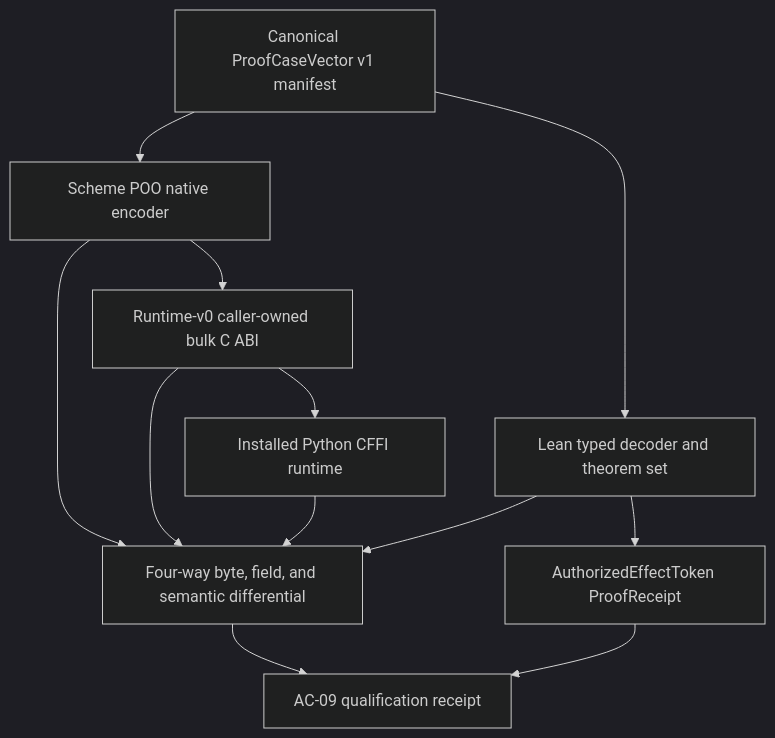
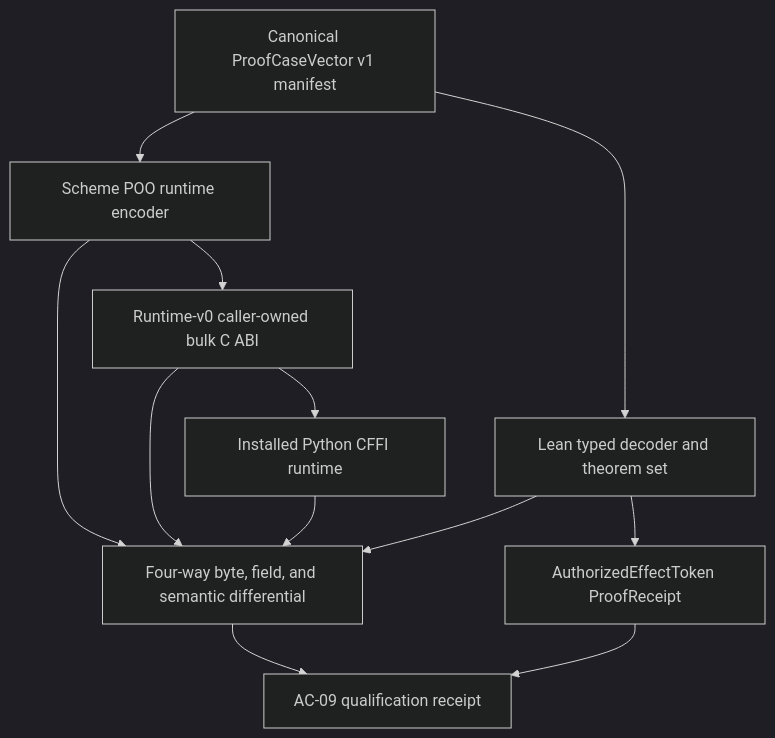
The diagram in module-system/design/129-agentic-control-plane-ac09-qualification-receipt.org (tao3k/gebril-yuanxu), drawn with Mermaid (dark theme) before and after one commit. The commit also changed other lines of this file and 1469 other files, not shown here.

```diff
--- a/module-system/design/129-agentic-control-plane-ac09-qualification-receipt.org
+++ b/module-system/design/129-agentic-control-plane-ac09-qualification-receipt.org
@@ -25,14 +25,14 @@
 #+begin_src mermaid
 flowchart TD
-    MANIFEST["Canonical ProofCaseVector v1 manifest"] --> SCHEME["Scheme POO native encoder"]
+    MANIFEST["Canonical ProofCaseVector v1 manifest"] --> SCHEME["Scheme POO runtime encoder"]
     MANIFEST --> LEAN["Lean typed decoder and theorem set"]
     SCHEME --> CABI["Runtime-v0 caller-owned bulk C ABI"]
     CABI --> PYTHON["Installed Python CFFI runtime"]
     SCHEME --> DIFF["Four-way byte, field, and semantic differential"]
     CABI --> DIFF
     PYTHON --> DIFF
     LEAN --> DIFF
     LEAN --> PROOF["AuthorizedEffectToken ProofReceipt"]
     DIFF --> QUAL["AC-09 qualification receipt"]
     PROOF --> QUAL
 #+end_src
```
